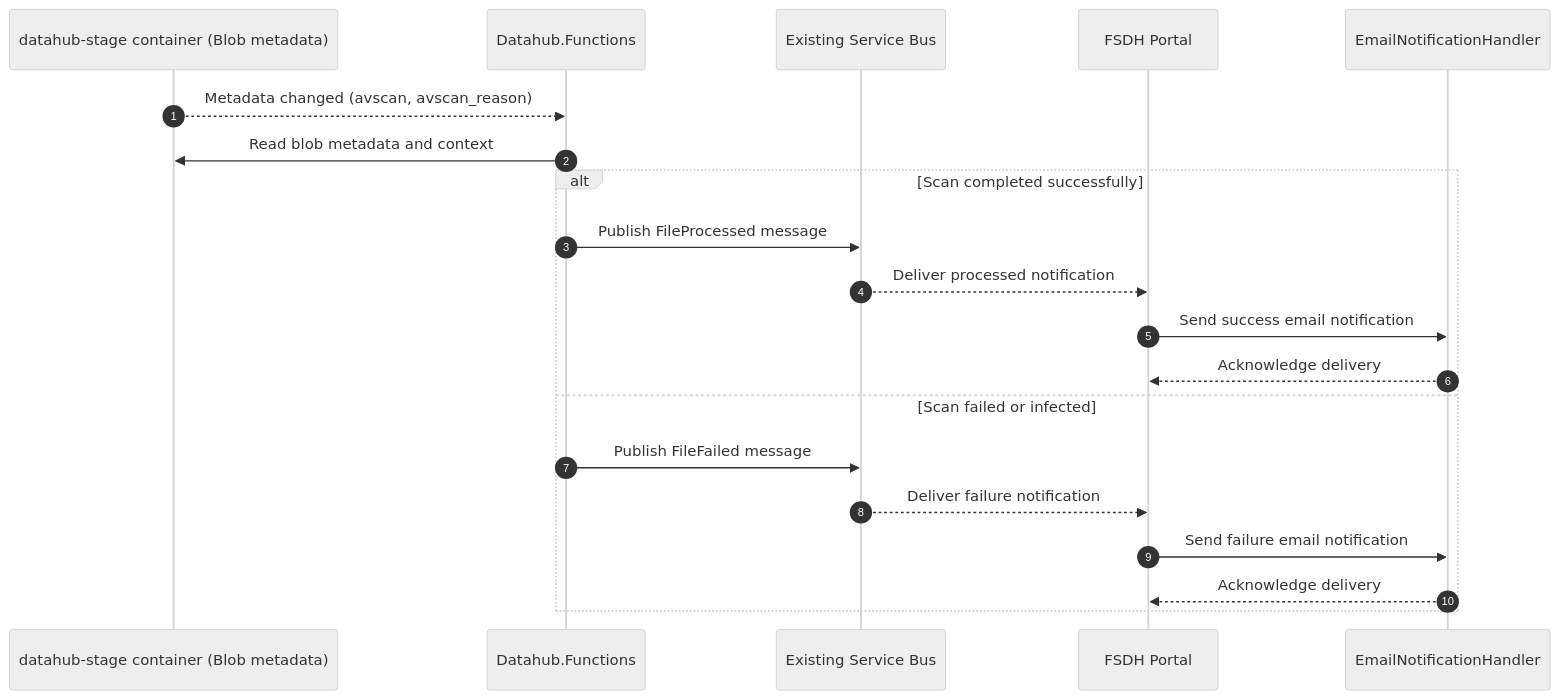
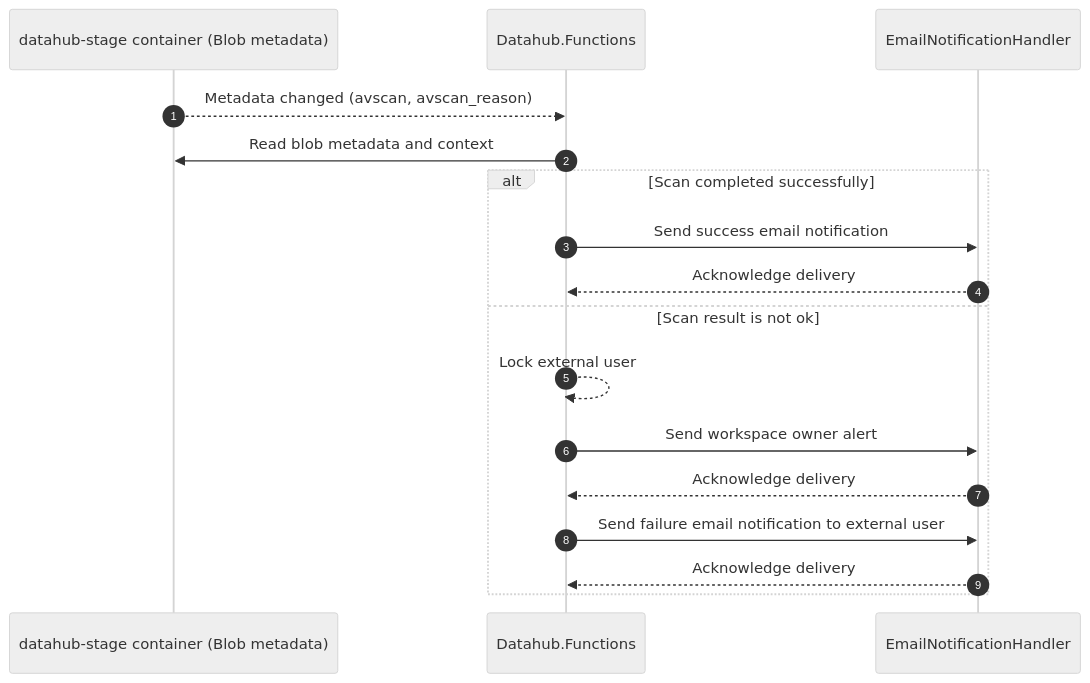
One commit to ssc-sp/datahub-docs changed the third of 3 diagrams in DeveloperGuide/ClamAV/README.md. Above: the diagram before and after it, drawn with Mermaid (neutral theme). The commit also changed other lines of this file, not shown here.

Commit message:
added service bus details

````diff
--- a/DeveloperGuide/ClamAV/README.md
+++ b/DeveloperGuide/ClamAV/README.md
@@ -178,23 +183,20 @@
 ```mermaid
 sequenceDiagram
 autonumber
 participant S as datahub-stage container (Blob metadata)
 participant F as Datahub.Functions
-participant SB as Existing Service Bus
-participant P as FSDH Portal
 participant E as EmailNotificationHandler
 
 S-->>F: Metadata changed (avscan, avscan_reason)
 F->>S: Read blob metadata and context
 alt Scan completed successfully
-  F->>SB: Publish FileProcessed message
-  SB-->>P: Deliver processed notification
-  P->>E: Send success email notification
-  E-->>P: Acknowledge delivery
-else Scan failed or infected
-  F->>SB: Publish FileFailed message
-  SB-->>P: Deliver failure notification
-  P->>E: Send failure email notification
-  E-->>P: Acknowledge delivery
+  F->>E: Send success email notification
+  E-->>F: Acknowledge delivery
+else Scan result is not ok
+  F-->>F: Lock external user
+  F->>E: Send workspace owner alert
+  E-->>F: Acknowledge delivery
+  F->>E: Send failure email notification to external user
+  E-->>F: Acknowledge delivery
 end
 ```
````
